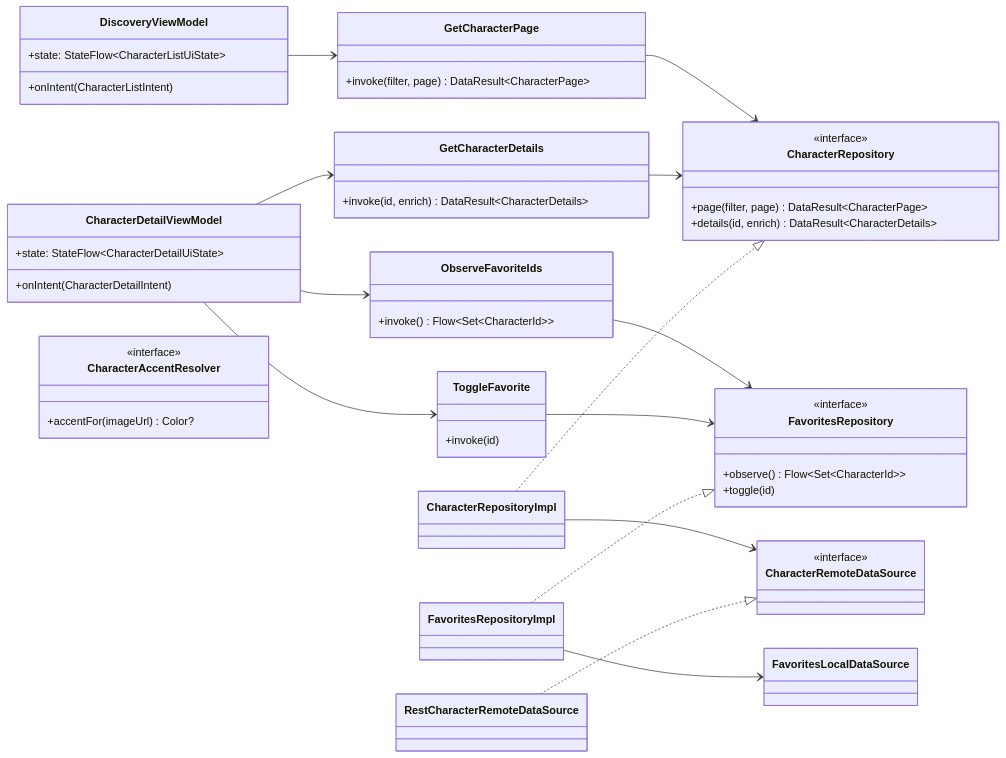
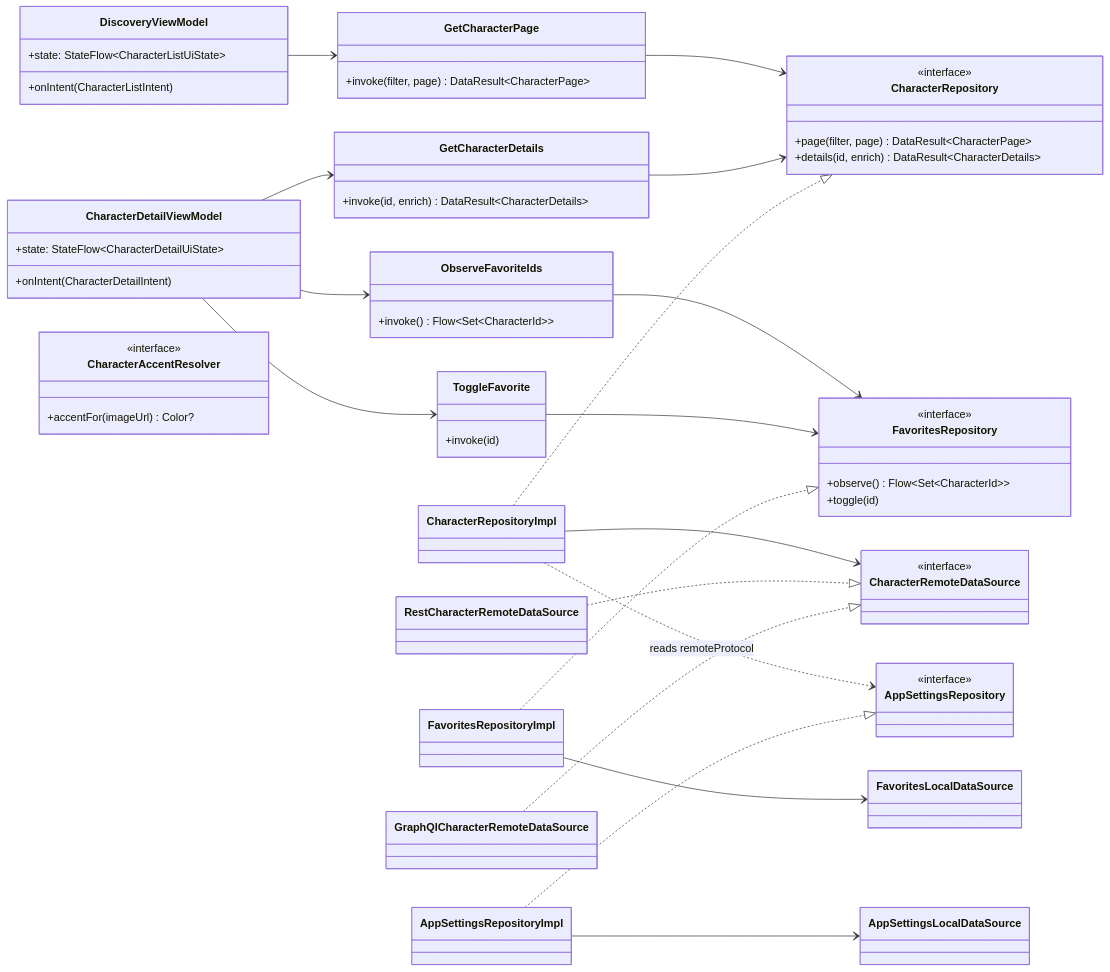
Before and after one commit to davidru85/RickAndMorty: the fourth of 4 diagrams in docs/DESIGN.md, drawn with Mermaid. The commit also changed other lines of this file and 7 other files, not shown here.

````diff
--- a/docs/DESIGN.md
+++ b/docs/DESIGN.md
@@ -313,67 +326,77 @@
 ```mermaid
 classDiagram
     direction LR
 
     class DiscoveryViewModel {
         +state: StateFlow~CharacterListUiState~
         +onIntent(CharacterListIntent)
     }
     class CharacterDetailViewModel {
         +state: StateFlow~CharacterDetailUiState~
         +onIntent(CharacterDetailIntent)
     }
 
     class GetCharacterPage {
         +invoke(filter, page) DataResult~CharacterPage~
     }
     class GetCharacterDetails {
         +invoke(id, enrich) DataResult~CharacterDetails~
     }
     class ObserveFavoriteIds {
         +invoke() Flow~Set~CharacterId~~
     }
     class ToggleFavorite {
         +invoke(id)
     }
 
     class CharacterRepository {
         <<interface>>
         +page(filter, page) DataResult~CharacterPage~
         +details(id, enrich) DataResult~CharacterDetails~
     }
     class FavoritesRepository {
         <<interface>>
         +observe() Flow~Set~CharacterId~~
         +toggle(id)
     }
 
     class CharacterRepositoryImpl
     class FavoritesRepositoryImpl
+    class AppSettingsRepositoryImpl
 
     class CharacterRemoteDataSource {
         <<interface>>
     }
     class RestCharacterRemoteDataSource
+    class GraphQlCharacterRemoteDataSource
+    class AppSettingsRepository {
+        <<interface>>
+    }
+    class AppSettingsLocalDataSource
     class FavoritesLocalDataSource
 
     class CharacterAccentResolver {
         <<interface>>
         +accentFor(imageUrl) Color?
     }
 
     DiscoveryViewModel --> GetCharacterPage
     CharacterDetailViewModel --> GetCharacterDetails
     CharacterDetailViewModel --> ObserveFavoriteIds
     CharacterDetailViewModel --> ToggleFavorite
 
     GetCharacterPage --> CharacterRepository
     GetCharacterDetails --> CharacterRepository
     ObserveFavoriteIds --> FavoritesRepository
     ToggleFavorite --> FavoritesRepository
 
     CharacterRepositoryImpl ..|> CharacterRepository
     FavoritesRepositoryImpl ..|> FavoritesRepository
     CharacterRepositoryImpl --> CharacterRemoteDataSource
     RestCharacterRemoteDataSource ..|> CharacterRemoteDataSource
+    GraphQlCharacterRemoteDataSource ..|> CharacterRemoteDataSource
+    CharacterRepositoryImpl ..> AppSettingsRepository : reads remoteProtocol
     FavoritesRepositoryImpl --> FavoritesLocalDataSource
+    AppSettingsRepositoryImpl ..|> AppSettingsRepository
+    AppSettingsRepositoryImpl --> AppSettingsLocalDataSource
 ```
````
